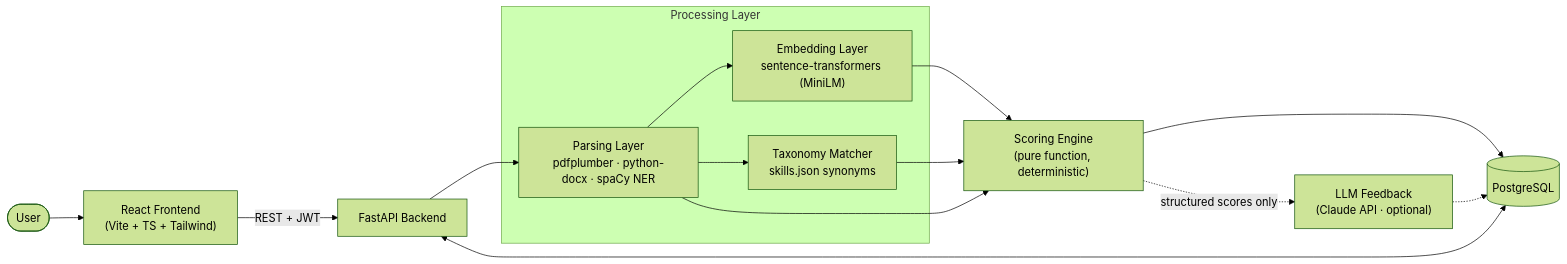
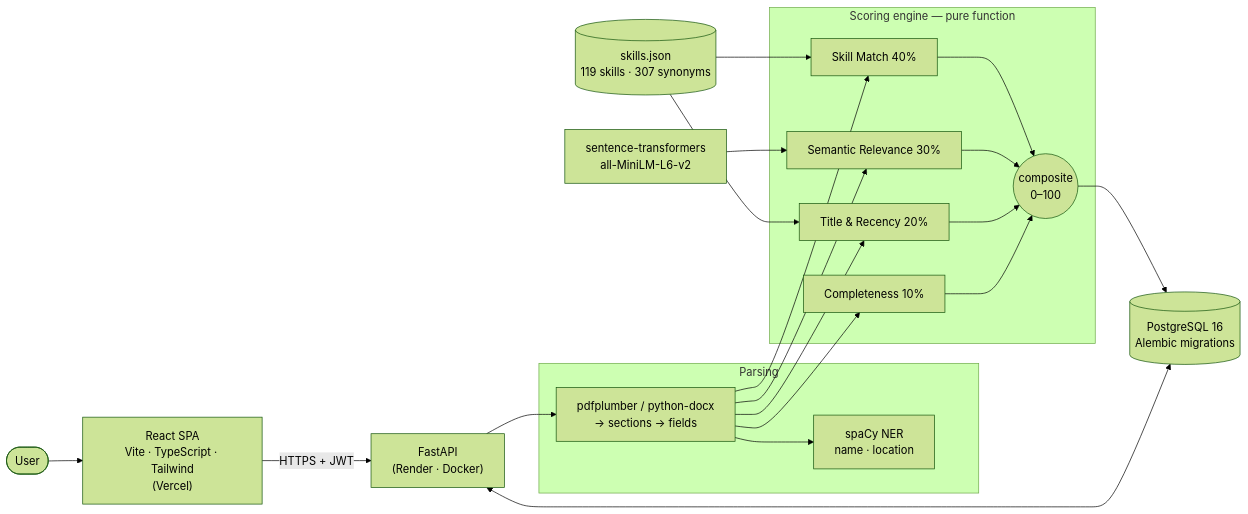
One commit to Sidd927/ResumeIQ changed the diagram in README.md. Above: the diagram before and after it, drawn with Mermaid (forest theme). The commit also changed other lines of this file and 72 other files, not shown here.

````diff
--- a/README.md
+++ b/README.md
@@ -19,23 +42,29 @@
 ```mermaid
 flowchart LR
-    U([User]) --> FE["React Frontend<br/>(Vite + TS + Tailwind)"]
-    FE -- "REST + JWT" --> API["FastAPI Backend"]
+    U([User]) --> FE["React SPA<br/>Vite · TypeScript · Tailwind<br/>(Vercel)"]
+    FE -- "HTTPS + JWT" --> API["FastAPI<br/>(Render · Docker)"]
 
-    subgraph NLP["Processing Layer"]
-        P["Parsing Layer<br/>pdfplumber · python-docx · spaCy NER"]
-        E["Embedding Layer<br/>sentence-transformers (MiniLM)"]
-        T["Taxonomy Matcher<br/>skills.json synonyms"]
+    subgraph Parse["Parsing"]
+        P["pdfplumber / python-docx<br/>→ sections → fields"]
+        NER["spaCy NER<br/>name · location"]
     end
 
-    API --> P
-    P --> E
-    P --> T
-    E --> S["Scoring Engine<br/>(pure function, deterministic)"]
-    T --> S
-    P --> S
-    S --> DB[("PostgreSQL")]
+    subgraph Engine["Scoring engine — pure function"]
+        S1["Skill Match 40%"]
+        S2["Semantic Relevance 30%"]
+        S3["Title & Recency 20%"]
+        S4["Completeness 10%"]
+        C(("composite<br/>0–100"))
+    end
+
+    TAX[("skills.json<br/>119 skills · 307 synonyms")]
+    EMB["sentence-transformers<br/>all-MiniLM-L6-v2"]
+
+    API --> P --> NER
+    P --> S1 & S2 & S3 & S4
+    TAX --> S1 & S3
+    EMB --> S2
+    S1 & S2 & S3 & S4 --> C
+    C --> DB[("PostgreSQL 16<br/>Alembic migrations")]
     API <--> DB
-
-    S -. "structured scores only" .-> L["LLM Feedback<br/>(Claude API · optional)"]
-    L -.-> DB
 ```
````
